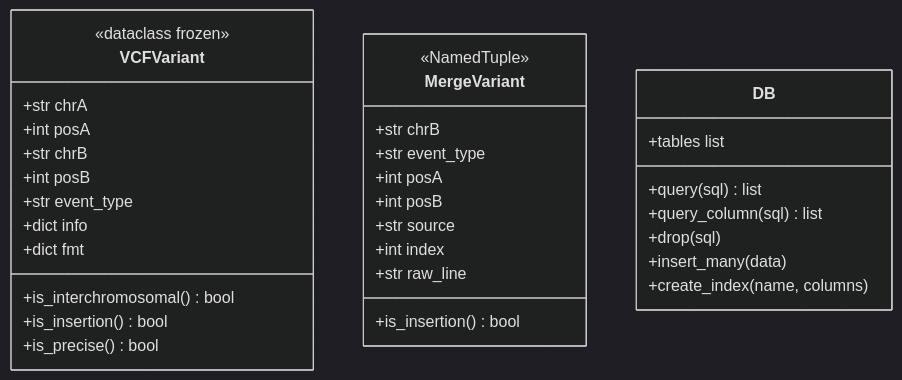
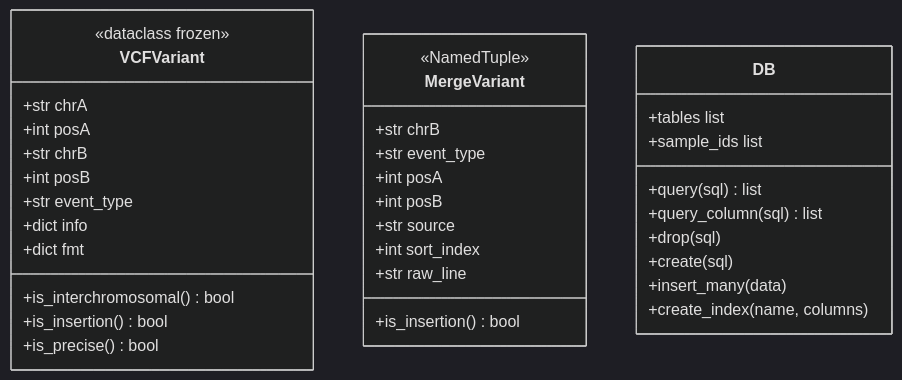
The second of 2 diagrams in docs/architecture.md (J35P312/SVDB), drawn with Mermaid (dark theme) before and after one commit. The commit also changed 1 other file, not shown here.

Commit message:
Update docs: fix architecture diagram and document profiling script
architecture.md class diagrams had three inaccuracies:
- MergeVariant.index → sort_index (renamed to avoid shadowing NamedTuple.index)
- DB.sample_ids incorrectly removed — property exists in database.py
- DB.create() missing — method exists in database.py

README For developers section now documents scripts/profile_svdb.py:
setup via profile_config.toml.example and CLI options.

````diff
--- a/docs/architecture.md
+++ b/docs/architecture.md
@@ -54,37 +54,39 @@
 ```mermaid
 classDiagram
     class VCFVariant {
         <<dataclass frozen>>
         +str chrA
         +int posA
         +str chrB
         +int posB
         +str event_type
         +dict info
         +dict fmt
         +is_interchromosomal() bool
         +is_insertion() bool
         +is_precise() bool
     }
 
     class MergeVariant {
         <<NamedTuple>>
         +str chrB
         +str event_type
         +int posA
         +int posB
         +str source
-        +int index
+        +int sort_index
         +str raw_line
         +is_insertion() bool
     }
 
     class DB {
         +query(sql) list
         +query_column(sql) list
         +drop(sql)
+        +create(sql)
         +insert_many(data)
         +create_index(name, columns)
         +tables list
+        +sample_ids list
     }
 ```
````
